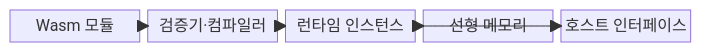
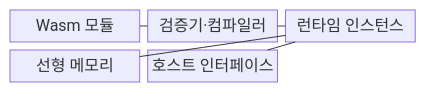
One commit to agnusdei1207/knowledge-base changed the first of 2 diagrams in src/content/docs/notes/08-latest-tech/166_webassembly.md. Above: the diagram before and after it, drawn with Mermaid. The commit also changed other lines of this file and 53 other files, not shown here.

````diff
--- a/src/content/docs/notes/08-latest-tech/166_webassembly.md
+++ b/src/content/docs/notes/08-latest-tech/166_webassembly.md
@@ -52,13 +52,13 @@
 ```mermaid
 block-beta
-  columns 5
+  columns 3
   A["Wasm 모듈"]
   B["검증기·컴파일러"]
   C["런타임 인스턴스"]
   D["선형 메모리"]
   E["호스트 인터페이스"]
-  A --> B
-  B --> C
-  C --> D
-  C --> E
+  A --- B
+  B --- C
+  C --- D
+  C --- E
 ```
````
